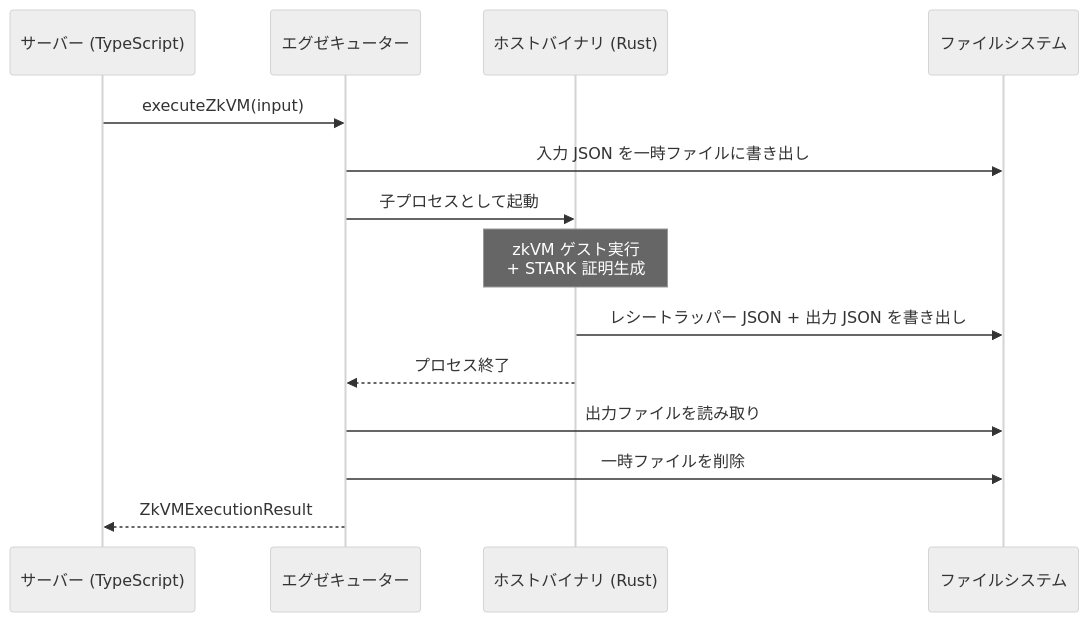
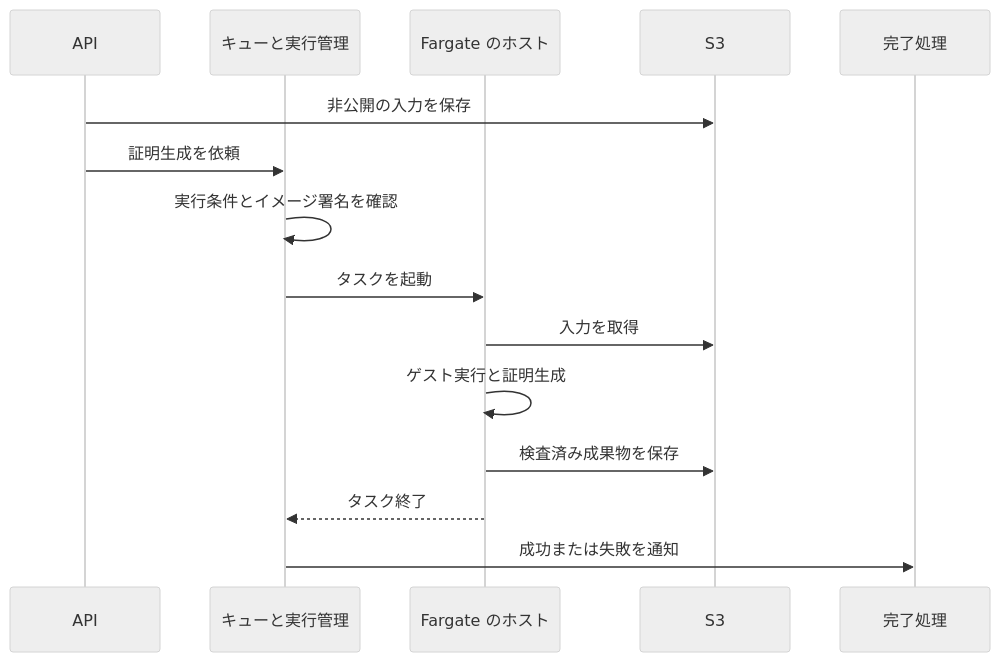
The second of 2 diagrams in public-book/src/zkvm/host-and-proving.md (hwatanabe-jp/stark-ballot-simulator-public), drawn with Mermaid (neutral theme) before and after one commit. The commit also changed other lines of this file and 1197 other files, not shown here.

````diff
--- a/public-book/src/zkvm/host-and-proving.md
+++ b/public-book/src/zkvm/host-and-proving.md
@@ -179,17 +74,17 @@
 ```mermaid
 sequenceDiagram
-  participant S as サーバー (TypeScript)
-  participant E as エグゼキューター
-  participant H as ホストバイナリ (Rust)
-  participant FS as ファイルシステム
-
-  S->>E: executeZkVM(input)
-  E->>FS: 入力 JSON を一時ファイルに書き出し
-  E->>H: 子プロセスとして起動
-  Note over H: zkVM ゲスト実行<br/>+ STARK 証明生成
-  H->>FS: レシートラッパー JSON + 出力 JSON を書き出し
-  H-->>E: プロセス終了
-  E->>FS: 出力ファイルを読み取り
-  E->>FS: 一時ファイルを削除
-  E-->>S: ZkVMExecutionResult
+  participant API as API
+  participant Q as キューと実行管理
+  participant H as Fargate のホスト
+  participant S3 as S3
+  participant C as 完了処理
+  API->>S3: 非公開の入力を保存
+  API->>Q: 証明生成を依頼
+  Q->>Q: 実行条件とイメージ署名を確認
+  Q->>H: タスクを起動
+  H->>S3: 入力を取得
+  H->>H: ゲスト実行と証明生成
+  H->>S3: 検査済み成果物を保存
+  H-->>Q: タスク終了
+  Q->>C: 成功または失敗を通知
 ```
````
